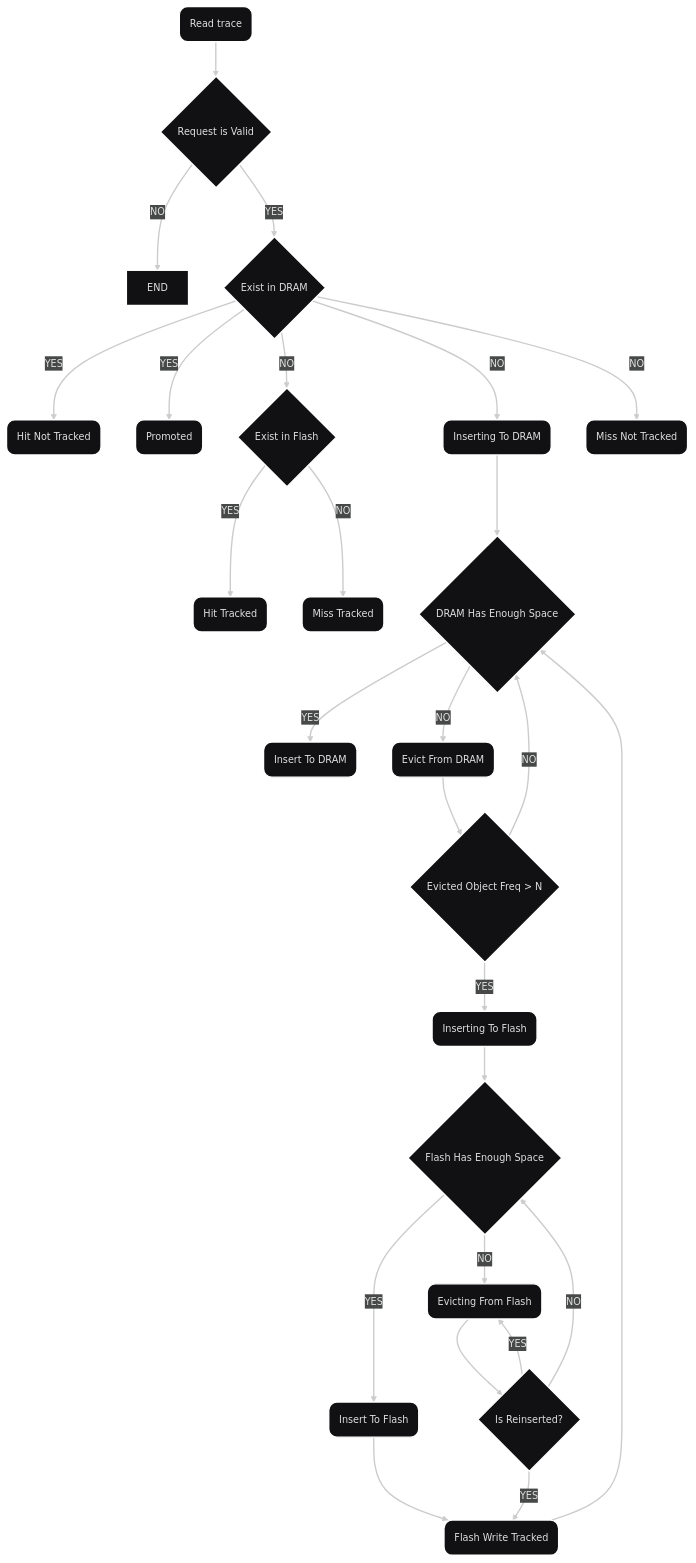
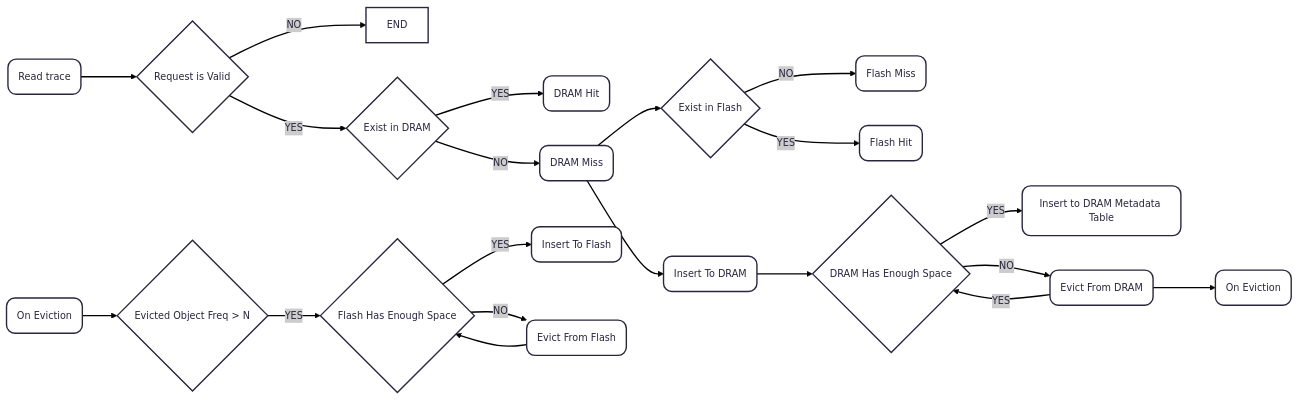
One commit to muhhae/FlashMemoryCache changed the diagram in diagrams/flow_chart.mmd. Above: the diagram before and after it, drawn with Mermaid. The commit also changed 4 other files, not shown here.

Commit message:
update flow_chart

```diff
--- a/diagrams/flow_chart.mmd
+++ b/diagrams/flow_chart.mmd
@@ -1,43 +1,37 @@
 ---
 config:
-  theme: redux-dark
+  theme: redux
+  fontFamily: '"JetBrainsMono", "monospace"'
   displayMode: compact
+  flowchart:
+    htmlLabels: true
+    curve: 'basis'
 ---
-flowchart TD
+flowchart LR
     ReadTrace(Read trace) --> ReqValid{Request is Valid}
 
     ReqValid -- NO --> END
     ReqValid -- YES --> ExistInDram{Exist in DRAM}
 
-    ExistInDram -- YES --> HitNotTracked(Hit Not Tracked)
-    ExistInDram -- YES --> PromotedInDram(Promoted)
+    ExistInDram -- YES --> DRAMHit(DRAM Hit)
 
-    ExistInDram -- NO --> ExistInFlash{Exist in Flash}
-    ExistInDram -- NO --> InsertingToDram(Inserting To DRAM)
-    ExistInDram -- NO --> MissNotTracked(Miss Not Tracked)
+    ExistInDram -- NO --> DRAMMiss(DRAM Miss) --> InsertToDram(Insert To DRAM)
+    DRAMMiss -->ExistInFlash{Exist in Flash}
 
-    ExistInFlash -- YES --> HitTracked(Hit Tracked)
-    ExistInFlash -- NO --> MissTracked(Miss Tracked)
+    ExistInFlash -- NO --> FlashMiss(Flash Miss)
+    ExistInFlash -- YES --> FlashHit(Flash Hit)
 
-    InsertingToDram --> DramHasSpace{DRAM Has Enough Space}
-    DramHasSpace -- YES --> InsertToDram(Insert To DRAM)
+    InsertToDram --> DramHasSpace{DRAM Has Enough Space}
+    DramHasSpace -- YES --> InsertMetadataDRAM(Insert to DRAM Metadata Table)
     DramHasSpace -- NO --> EvictFromDram(Evict From DRAM)
 
-    EvictFromDram --> EvictedObjFreqMtN{Evicted Object Freq > N}
+    OnEviction2 --> EvictedObjFreqMtN{Evicted Object Freq > N}
+    EvictFromDram --> OnEviction1(On Eviction)
+    EvictFromDram -- YES --> DramHasSpace
 
-    EvictedObjFreqMtN -- YES --> InsertingToFlash(Inserting To Flash)
-    EvictedObjFreqMtN -- NO --> DramHasSpace
+    OnEviction2(On Eviction)
+    EvictedObjFreqMtN -- YES --> FlashHasSpace
 
-    InsertToFlash --> FlashWriteTracked(Flash Write Tracked)
-
-    InsertingToFlash --> FlashHasSpace{Flash Has Enough Space}
+    FlashHasSpace{Flash Has Enough Space}
     FlashHasSpace -- YES --> InsertToFlash(Insert To Flash)
-    FlashHasSpace -- NO --> EvictFromFlash(Evicting From Flash)
-
-    EvictFromFlash --> IsPromoted{Is Reinserted?}
-
-    IsPromoted -- YES --> FlashWriteTracked
-    IsPromoted -- YES --> EvictFromFlash
-    IsPromoted -- NO --> FlashHasSpace
-
-    FlashWriteTracked --> DramHasSpace
+    FlashHasSpace -- NO --> EvictFromFlash(Evict From Flash) --> FlashHasSpace
```
